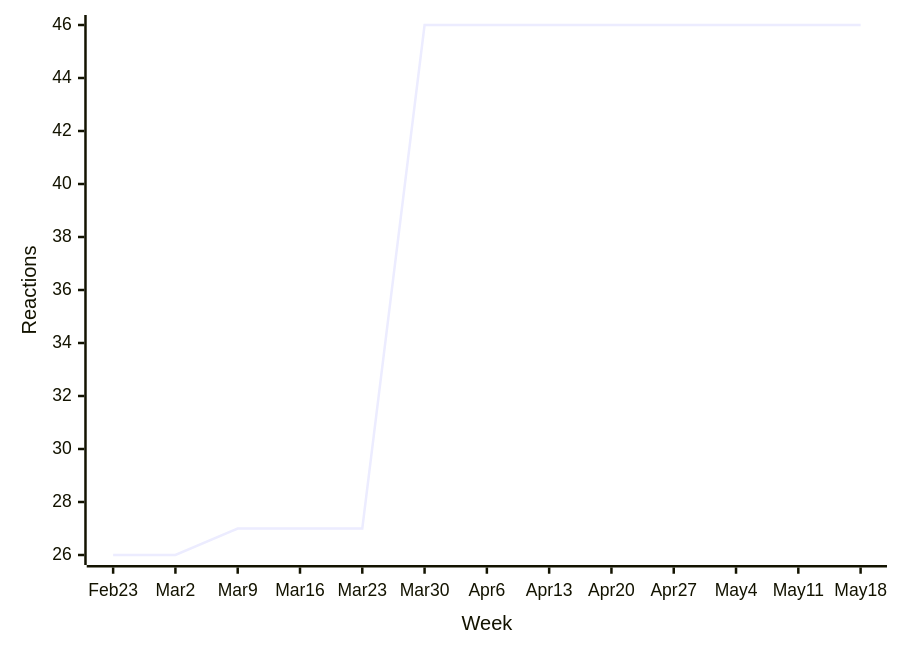
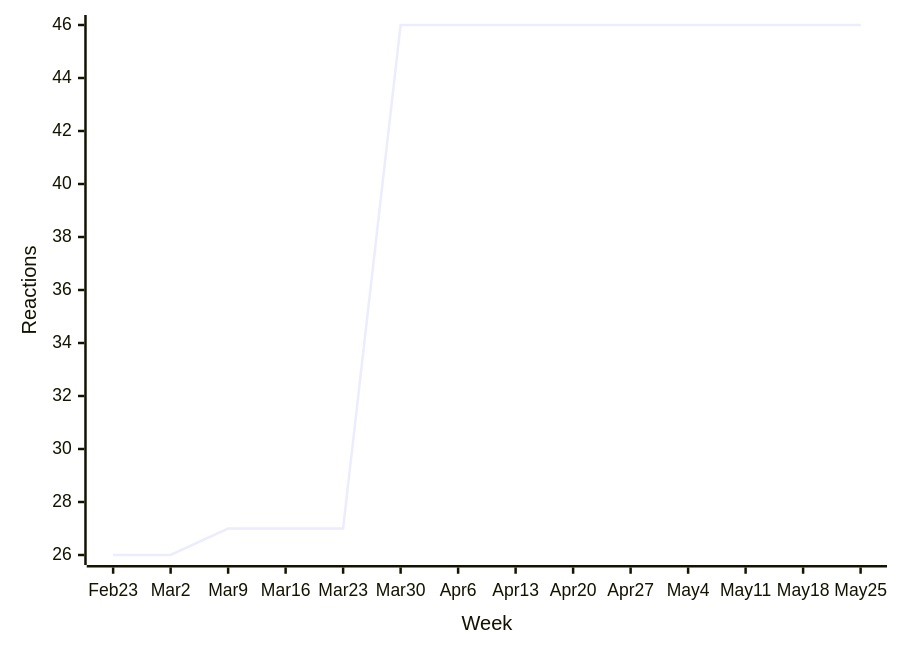
One commit to loic-sharma/github-insights changed the seventh of 49 diagrams in README.md. Above: the diagram before and after it, drawn with Mermaid. The commit also changed other lines of this file and 3 other files, not shown here.

````diff
--- a/README.md
+++ b/README.md
@@ -441,6 +441,6 @@
   ```mermaid
   xychart-beta
-    x-axis "Week" [Feb 23, Mar 2, Mar 9, Mar 16, Mar 23, Mar 30, Apr 6, Apr 13, Apr 20, Apr 27, May 4, May 11, May 18]
+    x-axis "Week" [Feb 23, Mar 2, Mar 9, Mar 16, Mar 23, Mar 30, Apr 6, Apr 13, Apr 20, Apr 27, May 4, May 11, May 18, May 25]
     y-axis "Reactions"
-    line [26, 26, 27, 27, 27, 46, 46, 46, 46, 46, 46, 46, 46]
+    line [26, 26, 27, 27, 27, 46, 46, 46, 46, 46, 46, 46, 46, 46]
   ```
````
